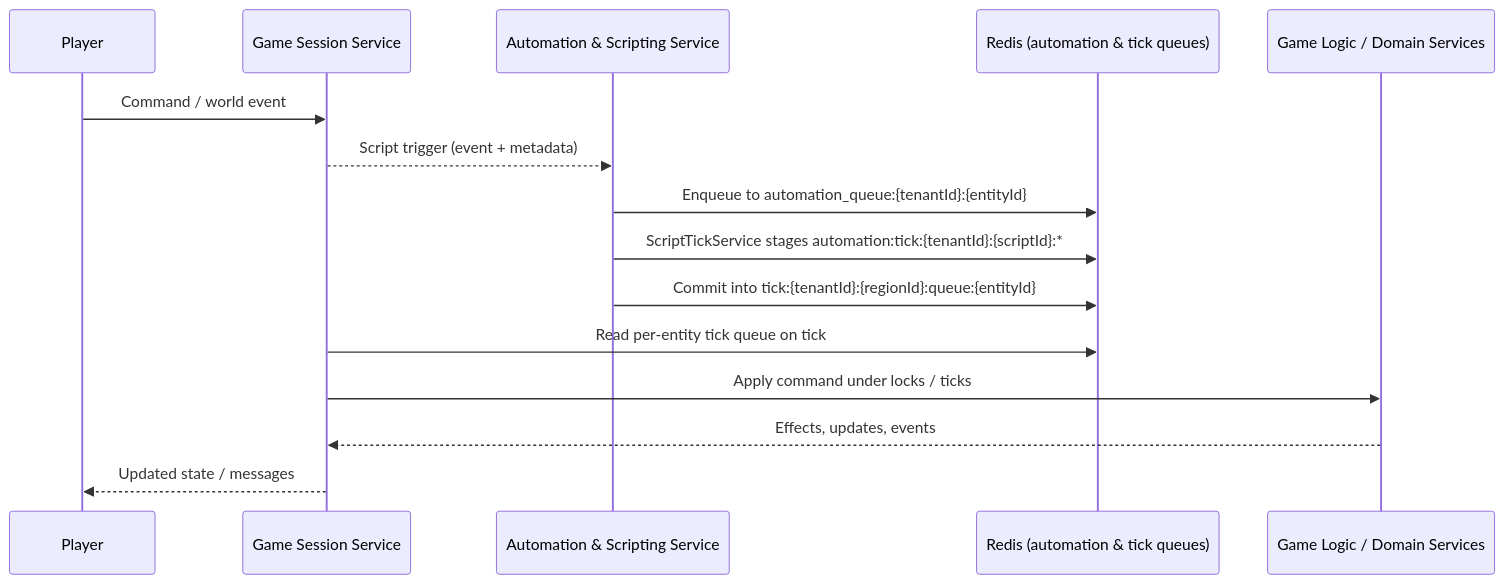
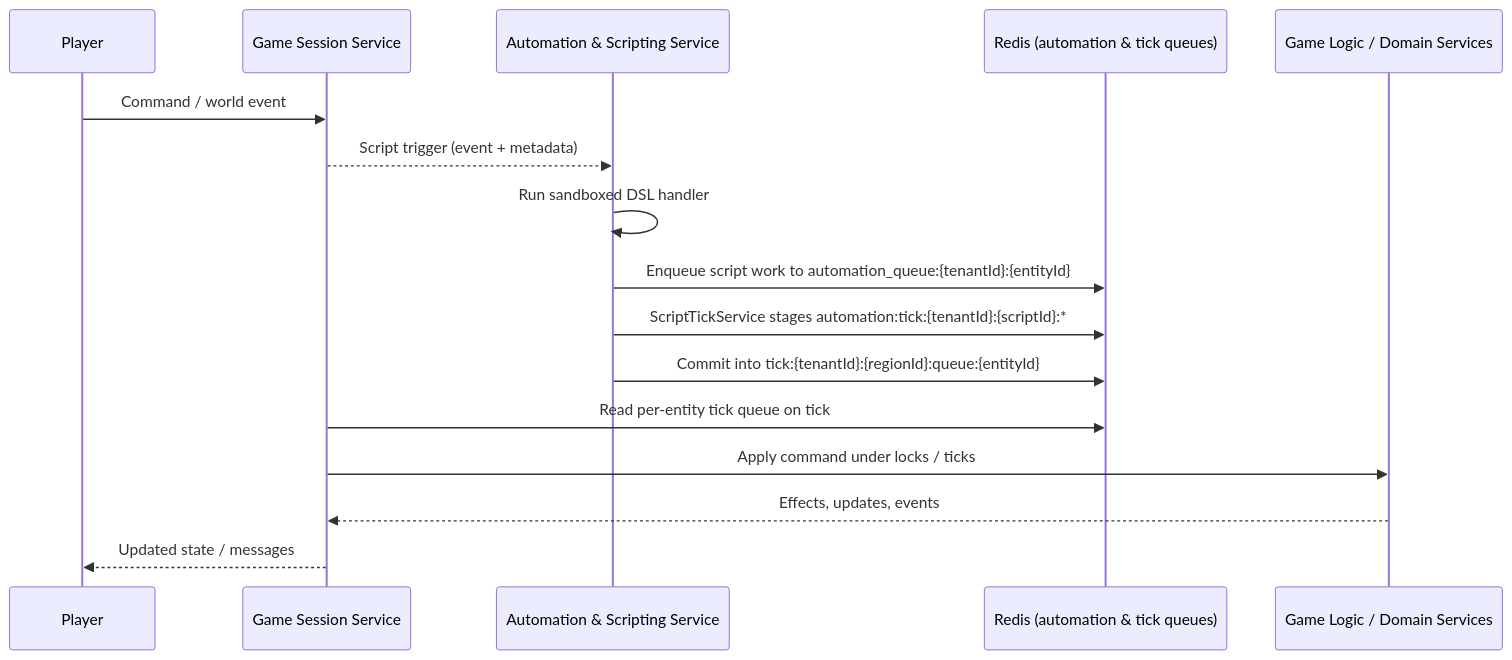
One commit to benhook1013/FireMUD changed the diagram in design/architecture/system-architecture-scripting.md. Above: the diagram before and after it, drawn with Mermaid. The commit also changed other lines of this file and 1 other file, not shown here.

Commit message:
Align scripting automation docs and README

````diff
--- a/design/architecture/system-architecture-scripting.md
+++ b/design/architecture/system-architecture-scripting.md
@@ -61,18 +75,19 @@
 ```mermaid
 sequenceDiagram
     participant Player
     participant GameSession as Game Session Service
     participant Scripting as Automation & Scripting Service
     participant Redis as Redis (automation & tick queues)
     participant GameLogic as Game Logic / Domain Services
 
     Player->>GameSession: Command / world event
     GameSession-->>Scripting: Script trigger (event + metadata)
-    Scripting->>Redis: Enqueue to automation_queue:{tenantId}:{entityId}
+    Scripting->>Scripting: Run sandboxed DSL handler
+    Scripting->>Redis: Enqueue script work to automation_queue:{tenantId}:{entityId}
     Scripting->>Redis: ScriptTickService stages automation:tick:{tenantId}:{scriptId}:*
     Scripting->>Redis: Commit into tick:{tenantId}:{regionId}:queue:{entityId}
     GameSession->>Redis: Read per-entity tick queue on tick
     GameSession->>GameLogic: Apply command under locks / ticks
     GameLogic-->>GameSession: Effects, updates, events
     GameSession-->>Player: Updated state / messages
 ```
````
